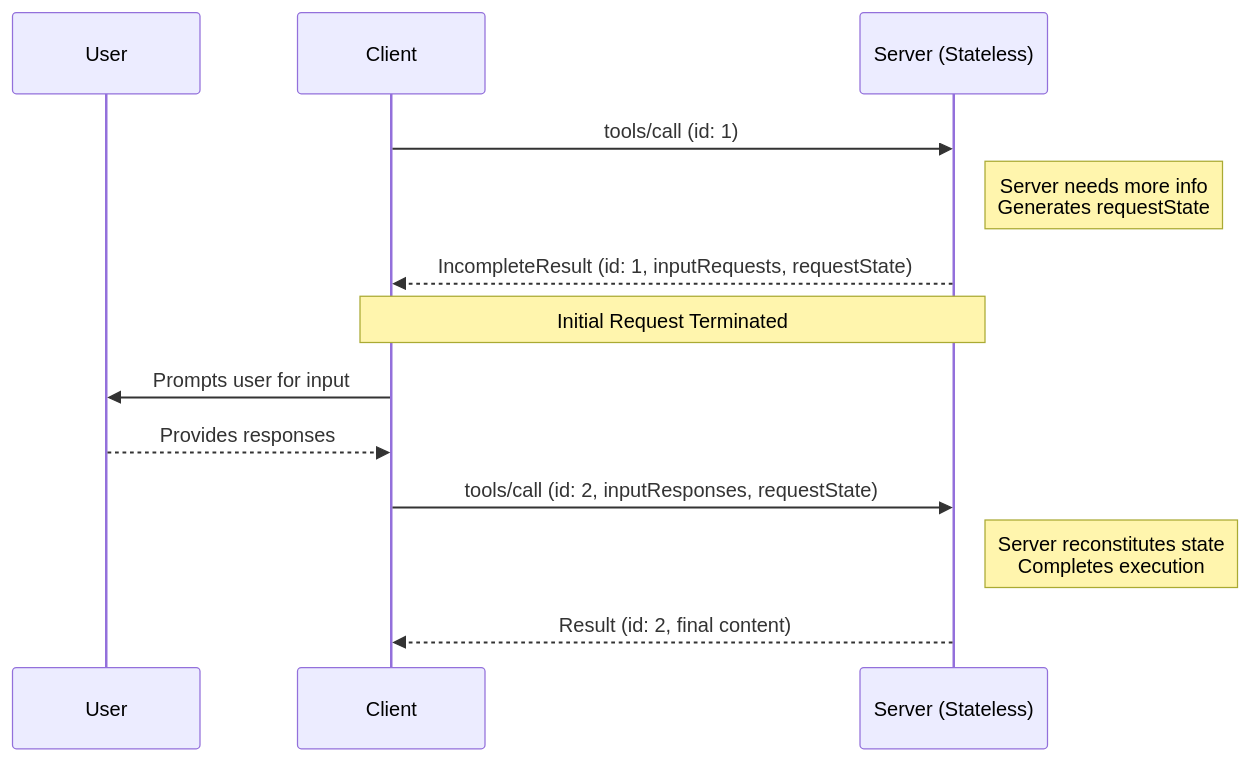
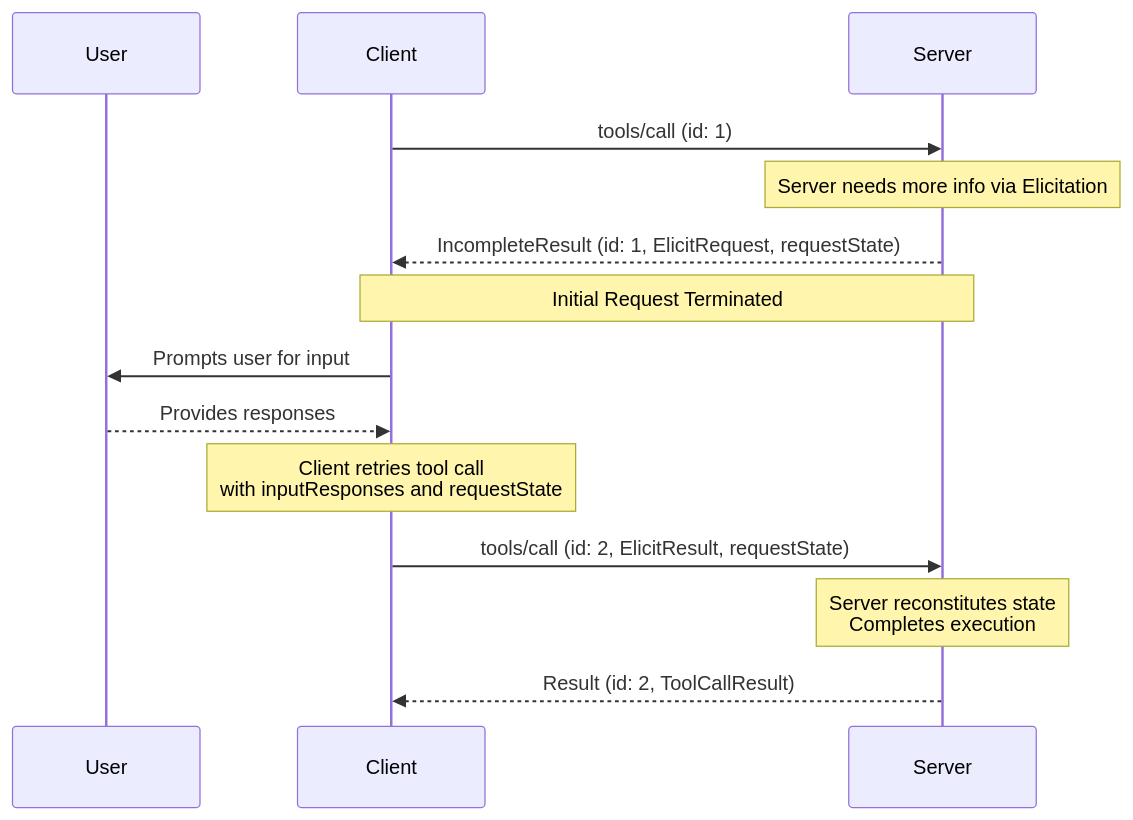
One commit to modelcontextprotocol/modelcontextprotocol changed the second of 3 diagrams in docs/specification/draft/basic/utilities/mrtr.mdx. Above: the diagram before and after it, drawn with Mermaid. The commit also changed other lines of this file and 4 other files, not shown here.

Commit message:
Update diagrams

````diff
--- a/docs/specification/draft/basic/utilities/mrtr.mdx
+++ b/docs/specification/draft/basic/utilities/mrtr.mdx
@@ -169,17 +192,18 @@
 ```mermaid
 sequenceDiagram
     participant U as User
     participant C as Client
-    participant S as Server (Stateless)
+    participant S as Server
     C->>S: tools/call (id: 1)
-    note right of S: Server needs more info<br/>Generates requestState
-    S-->>C: IncompleteResult (id: 1, inputRequests, requestState)
+    note over S: Server needs more info via Elicitation
+    S-->>C: IncompleteResult (id: 1, ElicitRequest, requestState)
     note over C,S: Initial Request Terminated
 
     C->>U: Prompts user for input
     U-->>C: Provides responses
 
-    C->>S: tools/call (id: 2, inputResponses, requestState)
-    note right of S: Server reconstitutes state<br/>Completes execution
-    S-->>C: Result (id: 2, final content)
+    note over C: Client retries tool call <br/> with inputResponses and requestState
+    C->>S: tools/call (id: 2, ElicitResult, requestState)
+    note over S: Server reconstitutes state<br/>Completes execution
+    S-->>C: Result (id: 2, ToolCallResult)
 ```
````
